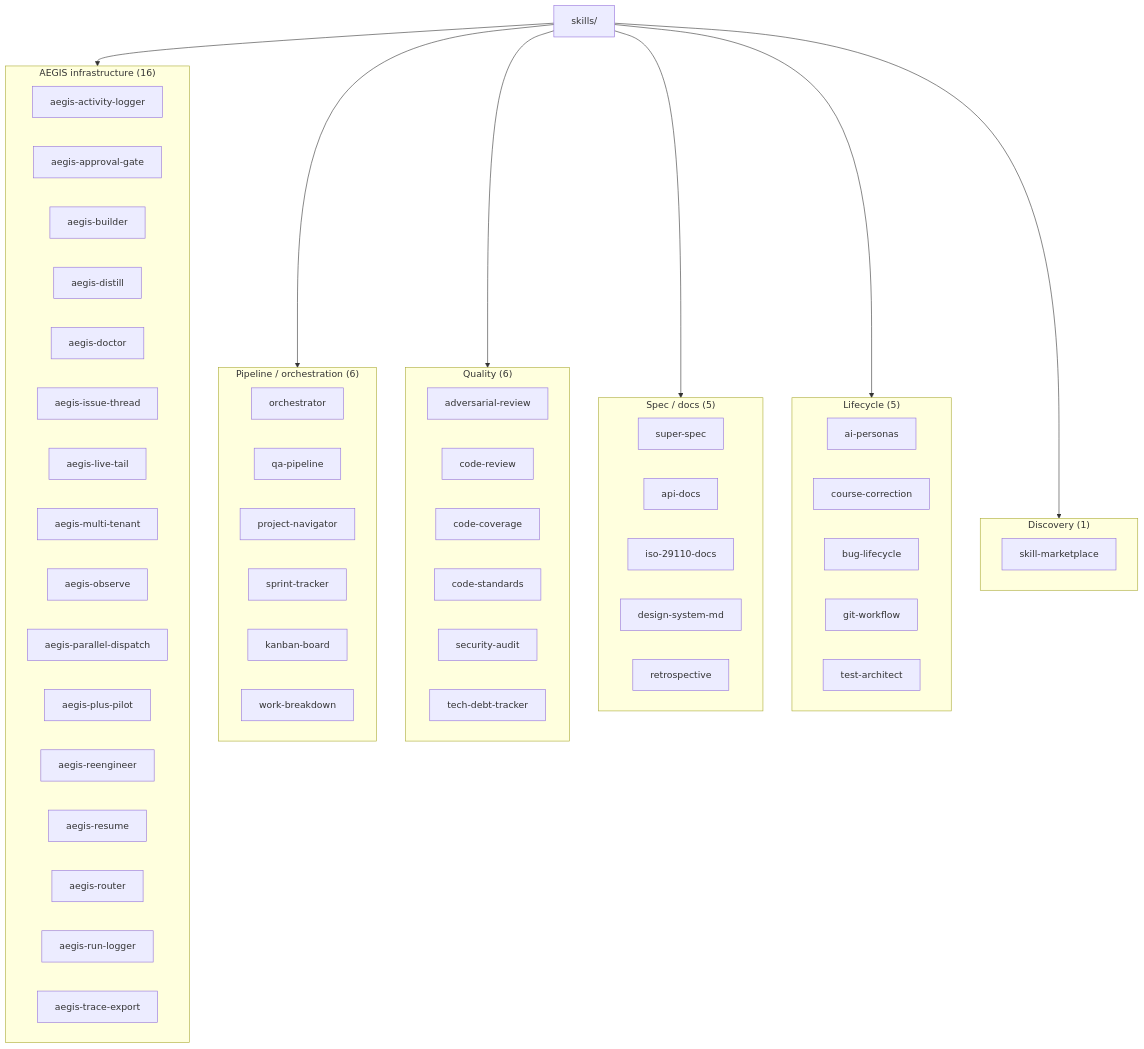
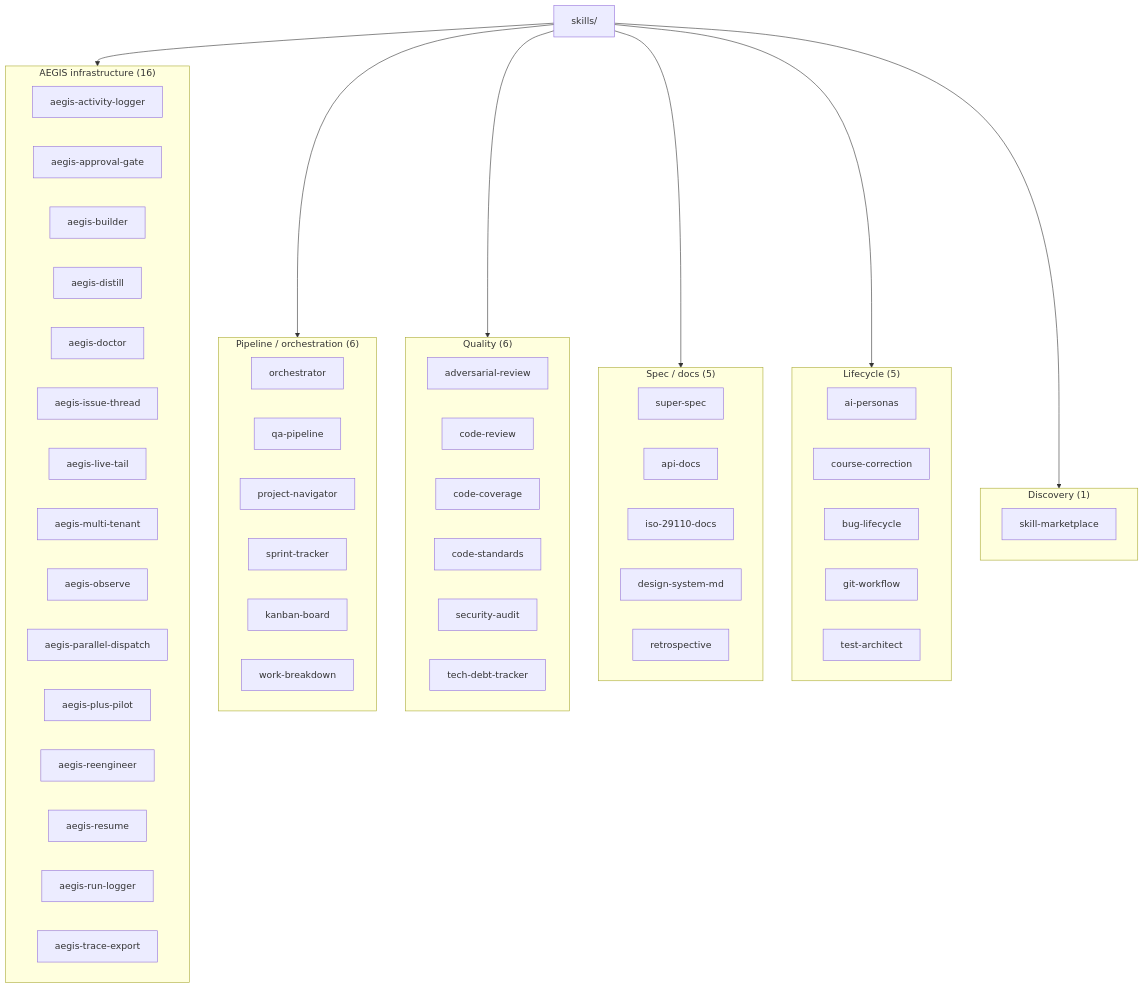
One commit to phariyawitjiap-aeternix/AEGIS-Team changed the fourth of 6 diagrams in docs/AEGIS_SKILL_HIERARCHY.md. Above: the diagram before and after it, drawn with Mermaid. The commit also changed 16 other files, not shown here.

First line of the commit message:
refactor(native-tune): upgrade opus pins 4.6->4.8 + remove unwired aegis-router

````diff
--- a/docs/AEGIS_SKILL_HIERARCHY.md
+++ b/docs/AEGIS_SKILL_HIERARCHY.md
@@ -170,74 +170,73 @@
 ```mermaid
 flowchart TB
     SkillsRoot[" skills/ "]
 
     SkillsRoot --> Infra
     SkillsRoot --> Orchestration
     SkillsRoot --> Quality
     SkillsRoot --> Docs
     SkillsRoot --> Lifecycle
     SkillsRoot --> Discovery
 
     subgraph Infra[" AEGIS infrastructure (16) "]
         direction LR
         I1[aegis-activity-logger]
         I2[aegis-approval-gate]
         I3[aegis-builder]
         I4[aegis-distill]
         I5[aegis-doctor]
         I6[aegis-issue-thread]
         I7[aegis-live-tail]
         I8[aegis-multi-tenant]
         I9[aegis-observe]
         I10[aegis-parallel-dispatch]
         I11[aegis-plus-pilot]
         I12[aegis-reengineer]
         I13[aegis-resume]
-        I14[aegis-router]
         I15[aegis-run-logger]
         I16[aegis-trace-export]
     end
 
     subgraph Orchestration[" Pipeline / orchestration (6) "]
         direction LR
         O1[orchestrator]
         O2[qa-pipeline]
         O3[project-navigator]
         O4[sprint-tracker]
         O5[kanban-board]
         O6[work-breakdown]
     end
 
     subgraph Quality[" Quality (6) "]
         direction LR
         Q1[adversarial-review]
         Q2[code-review]
         Q3[code-coverage]
         Q4[code-standards]
         Q5[security-audit]
         Q6[tech-debt-tracker]
     end
 
     subgraph Docs[" Spec / docs (5) "]
         direction LR
         D1[super-spec]
         D2[api-docs]
         D3[iso-29110-docs]
         D4[design-system-md]
         D5[retrospective]
     end
 
     subgraph Lifecycle[" Lifecycle (5) "]
         direction LR
         L1[ai-personas]
         L2[course-correction]
         L3[bug-lifecycle]
         L4[git-workflow]
         L5[test-architect]
     end
 
     subgraph Discovery[" Discovery (1) "]
         direction LR
         S1[skill-marketplace]
     end
 ```
````
